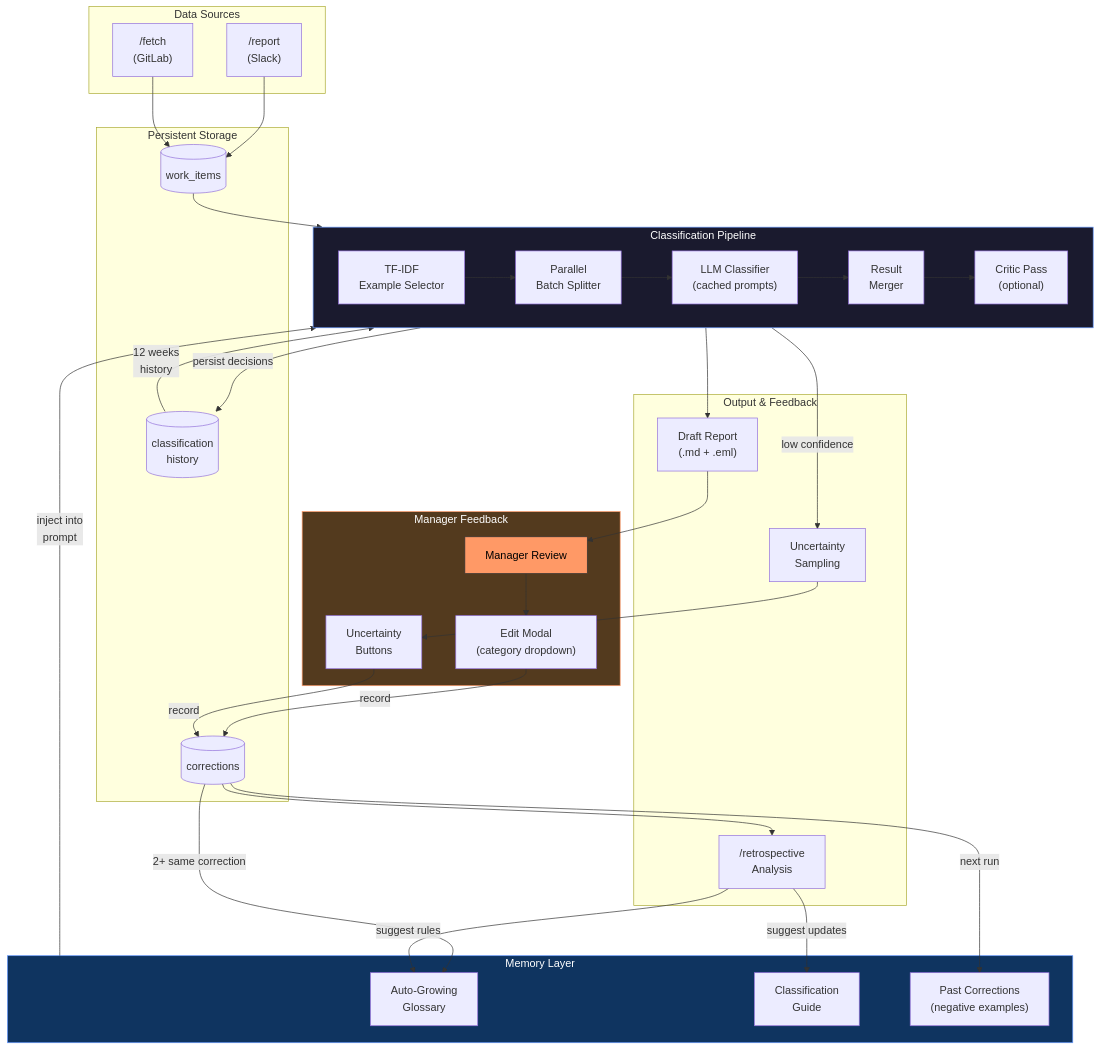
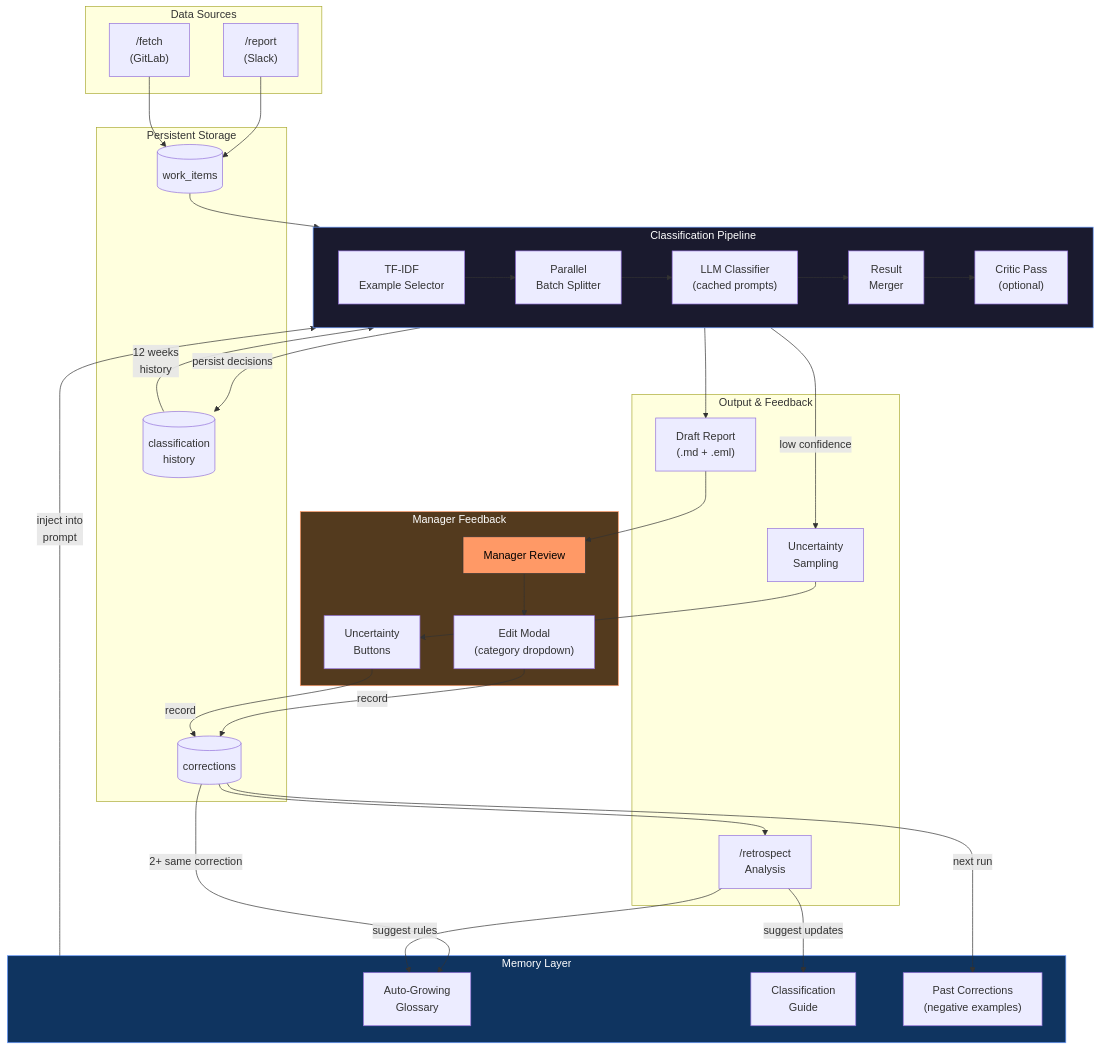
One commit to WZ/reportbot changed the second of 5 diagrams in docs/agentic-architecture.md. Above: the diagram before and after it, drawn with Mermaid. The commit also changed other lines of this file and 6 other files, not shown here.

First line of the commit message:
Rename /retrospective to /retrospect, resolve section IDs to labels in retro glossary apply

````diff
--- a/docs/agentic-architecture.md
+++ b/docs/agentic-architecture.md
@@ -22,69 +22,69 @@
 ```mermaid
 flowchart TB
     subgraph Input["Data Sources"]
         S1["/report\n(Slack)"]
         S2["/fetch\n(GitLab)"]
     end
 
     subgraph DB["Persistent Storage"]
         WI[(work_items)]
         CH[(classification\nhistory)]
         CR[(corrections)]
     end
 
     subgraph Pipeline["Classification Pipeline"]
         direction LR
         TFIDF["TF-IDF\nExample Selector"]
         BATCH["Parallel\nBatch Splitter"]
         GEN["LLM Classifier\n(cached prompts)"]
         MERGE["Result\nMerger"]
         CRITIC["Critic Pass\n(optional)"]
         TFIDF --> BATCH --> GEN --> MERGE --> CRITIC
     end
 
     subgraph Memory["Memory Layer"]
         GL["Auto-Growing\nGlossary"]
         CG["Classification\nGuide"]
         CORR["Past Corrections\n(negative examples)"]
     end
 
     subgraph Output["Output & Feedback"]
         RPT["Draft Report\n(.md + .eml)"]
         UNC["Uncertainty\nSampling"]
-        RETRO["/retrospective\nAnalysis"]
+        RETRO["/retrospect\nAnalysis"]
     end
 
     subgraph Feedback["Manager Feedback"]
         MGR["Manager Review"]
         EDIT["Edit Modal\n(category dropdown)"]
         BTN["Uncertainty\nButtons"]
     end
 
     S1 --> WI
     S2 --> WI
     WI --> TFIDF
     CH -->|"12 weeks\nhistory"| TFIDF
 
     Memory -->|"inject into\nprompt"| GEN
     CRITIC --> RPT
     CRITIC -->|"persist decisions"| CH
     CRITIC -->|"low confidence"| UNC
 
     RPT --> MGR
     MGR --> EDIT
     UNC --> BTN
 
     EDIT -->|"record"| CR
     BTN -->|"record"| CR
 
     CR -->|"next run"| CORR
     CR -->|"2+ same correction"| GL
     CR --> RETRO
     RETRO -->|"suggest rules"| GL
     RETRO -->|"suggest updates"| CG
 
     style Pipeline fill:#1a1a2e,stroke:#69f,color:#fff
     style Memory fill:#0f3460,stroke:#69f,color:#fff
     style Feedback fill:#533a1e,stroke:#f96,color:#fff
     style MGR fill:#f96,stroke:#333,color:#000
 ```
````
